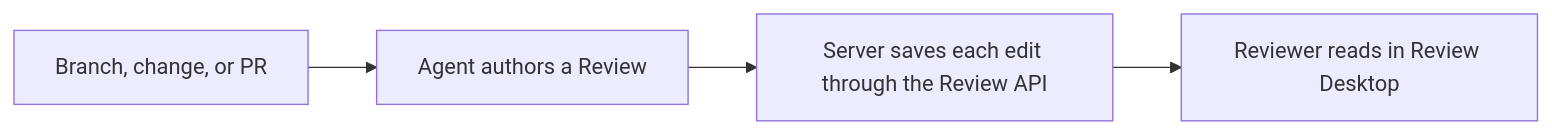
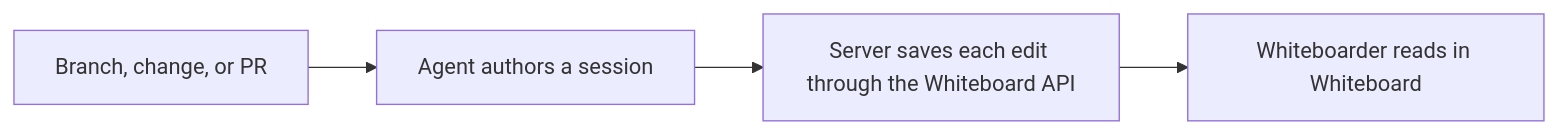
Before and after one commit to devdotfast/review: the diagram in docs/how-review-works.md, drawn with Mermaid. The commit also changed other lines of this file and 7828 other files, not shown here.

````diff
--- a/docs/how-review-works.md
+++ b/docs/how-review-works.md
@@ -11,6 +11,6 @@
 ```mermaid
 flowchart LR
-  A[Branch, change, or PR] --> B[Agent authors a Review]
-  B --> C[Server saves each edit through the Review API]
-  C --> D[Reviewer reads in Review Desktop]
+  A[Branch, change, or PR] --> B[Agent authors a session]
+  B --> C[Server saves each edit through the Whiteboard API]
+  C --> D[Whiteboarder reads in Whiteboard]
 ```
````
